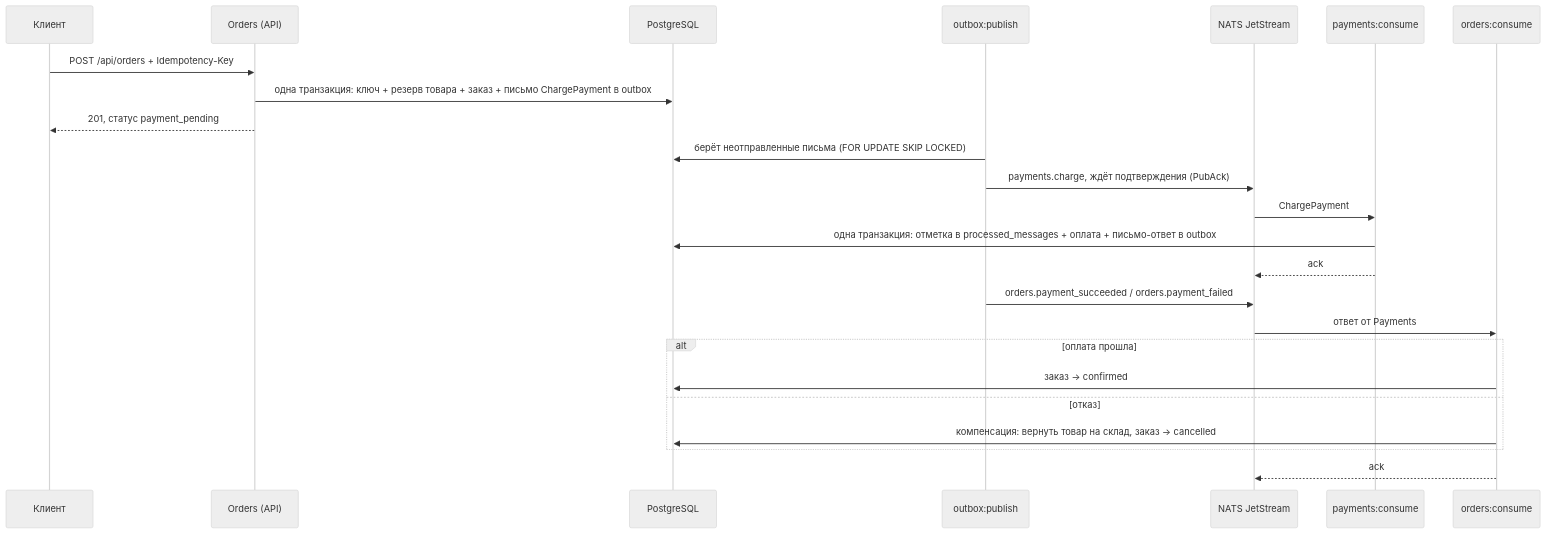
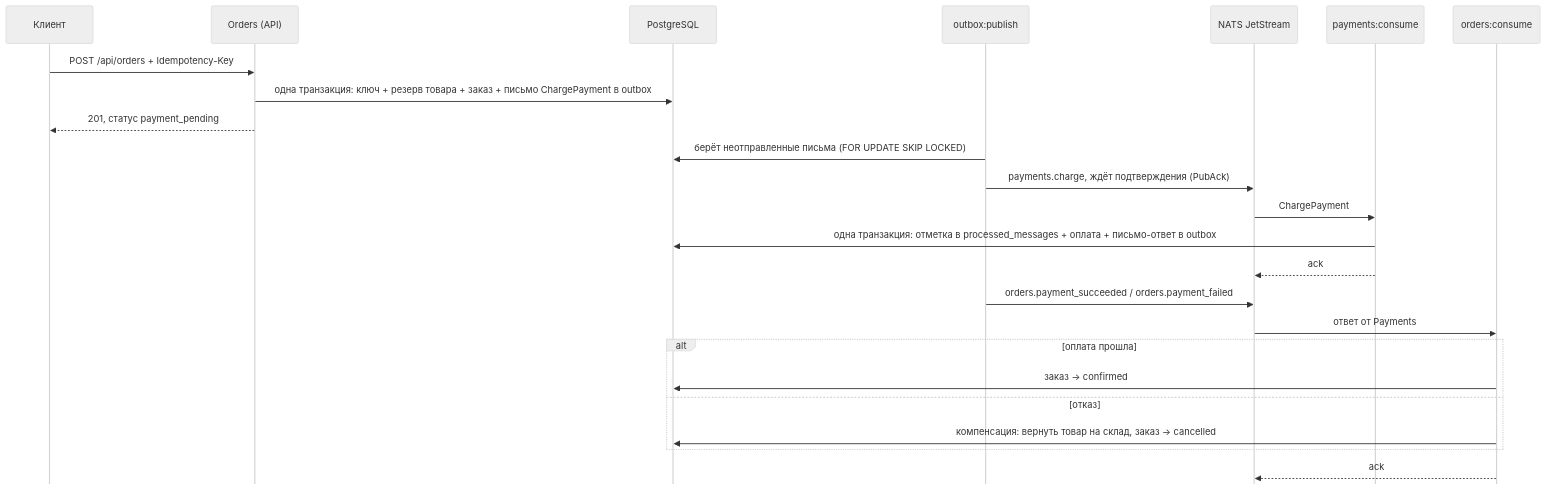
One commit to tlegen99/orders-saga changed the diagram in README.md. Above: the diagram before and after it, drawn with Mermaid (neutral theme).

Commit message:
README: hide mirrored actors in diagram

````diff
--- a/README.md
+++ b/README.md
@@ -19,27 +19,28 @@
 ```mermaid
+%%{init: {'sequence': {'mirrorActors': false}}}%%
 sequenceDiagram
     participant C as Клиент
     participant O as Orders (API)
     participant DB as PostgreSQL
     participant P as outbox:publish
     participant N as NATS JetStream
     participant Pay as payments:consume
     participant OC as orders:consume
 
     C->>O: POST /api/orders + Idempotency-Key
     O->>DB: одна транзакция: ключ + резерв товара + заказ + письмо ChargePayment в outbox
     O-->>C: 201, статус payment_pending
     P->>DB: берёт неотправленные письма (FOR UPDATE SKIP LOCKED)
     P->>N: payments.charge, ждёт подтверждения (PubAck)
     N->>Pay: ChargePayment
     Pay->>DB: одна транзакция: отметка в processed_messages + оплата + письмо-ответ в outbox
     Pay-->>N: ack
     P->>N: orders.payment_succeeded / orders.payment_failed
     N->>OC: ответ от Payments
     alt оплата прошла
         OC->>DB: заказ → confirmed
     else отказ
         OC->>DB: компенсация: вернуть товар на склад, заказ → cancelled
     end
     OC-->>N: ack
 ```
````
